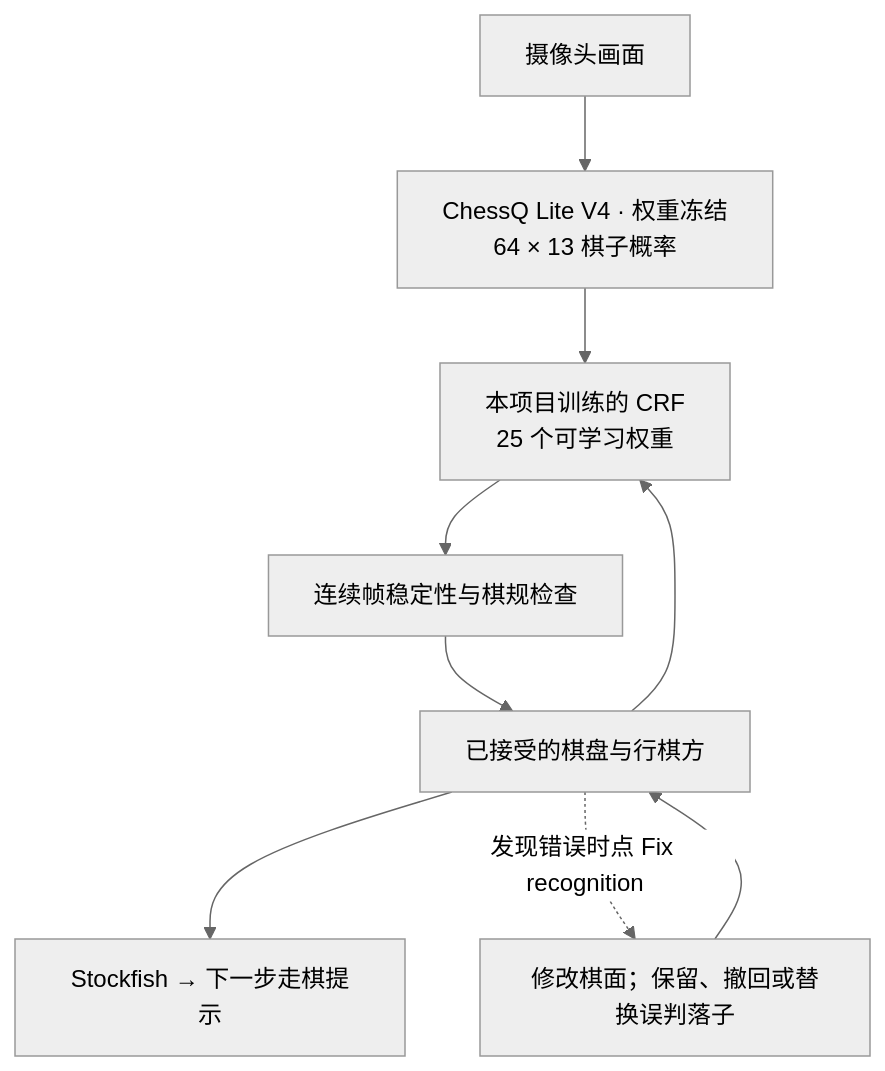
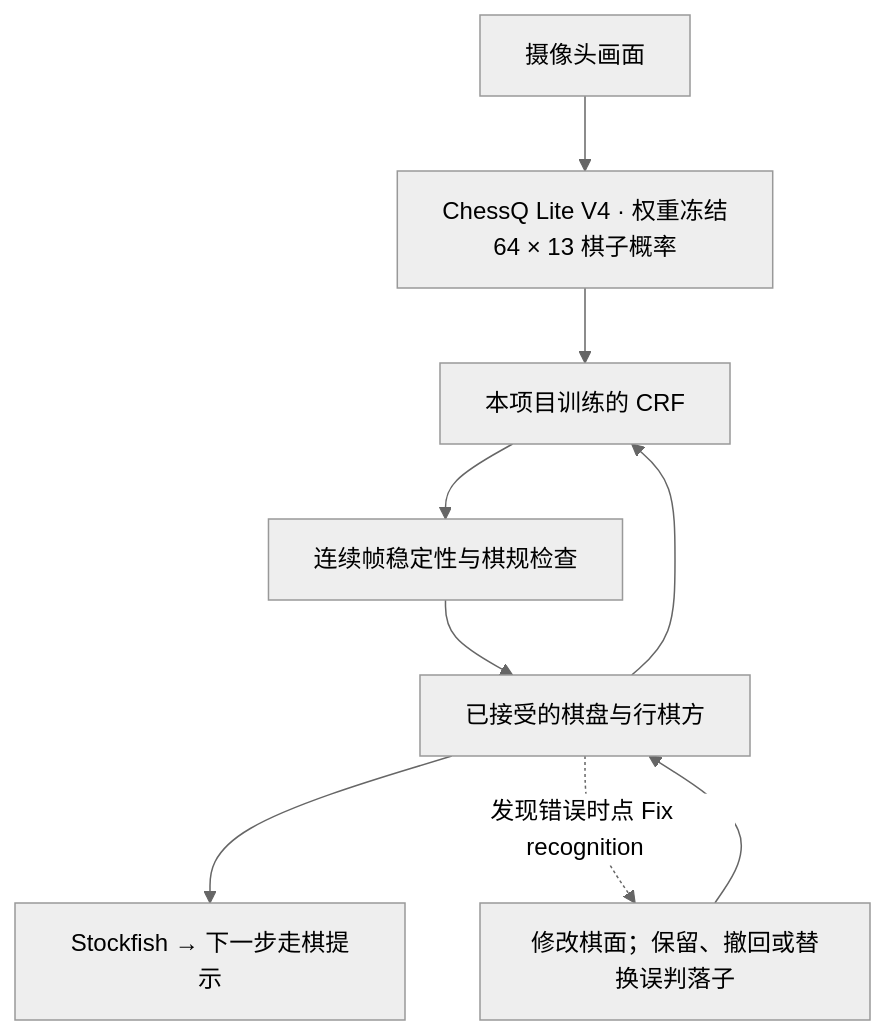
One commit to AmethystineAlpaca/camera_chess changed the diagram in README.zh-CN.md. Above: the diagram before and after it, drawn with Mermaid (neutral theme). The commit also changed other lines of this file and 2 other files, not shown here.

Commit message:
docs: remove provisional CRF parameters from READMEs

````diff
--- a/README.zh-CN.md
+++ b/README.zh-CN.md
@@ -33,11 +33,11 @@
 ```mermaid
 flowchart TD
     C["摄像头画面"] --> V["ChessQ Lite V4 · 权重冻结<br/>64 × 13 棋子概率"]
-    V --> R["本项目训练的 CRF<br/>25 个可学习权重"]
+    V --> R["本项目训练的 CRF"]
     G["已接受的棋盘与行棋方"] --> R
     R --> T["连续帧稳定性与棋规检查"]
     T --> G
     G --> S["Stockfish → 下一步走棋提示"]
     G -. "发现错误时点 Fix recognition" .-> F["修改棋面；保留、撤回或替换误判落子"]
     F --> G
 ```
````
